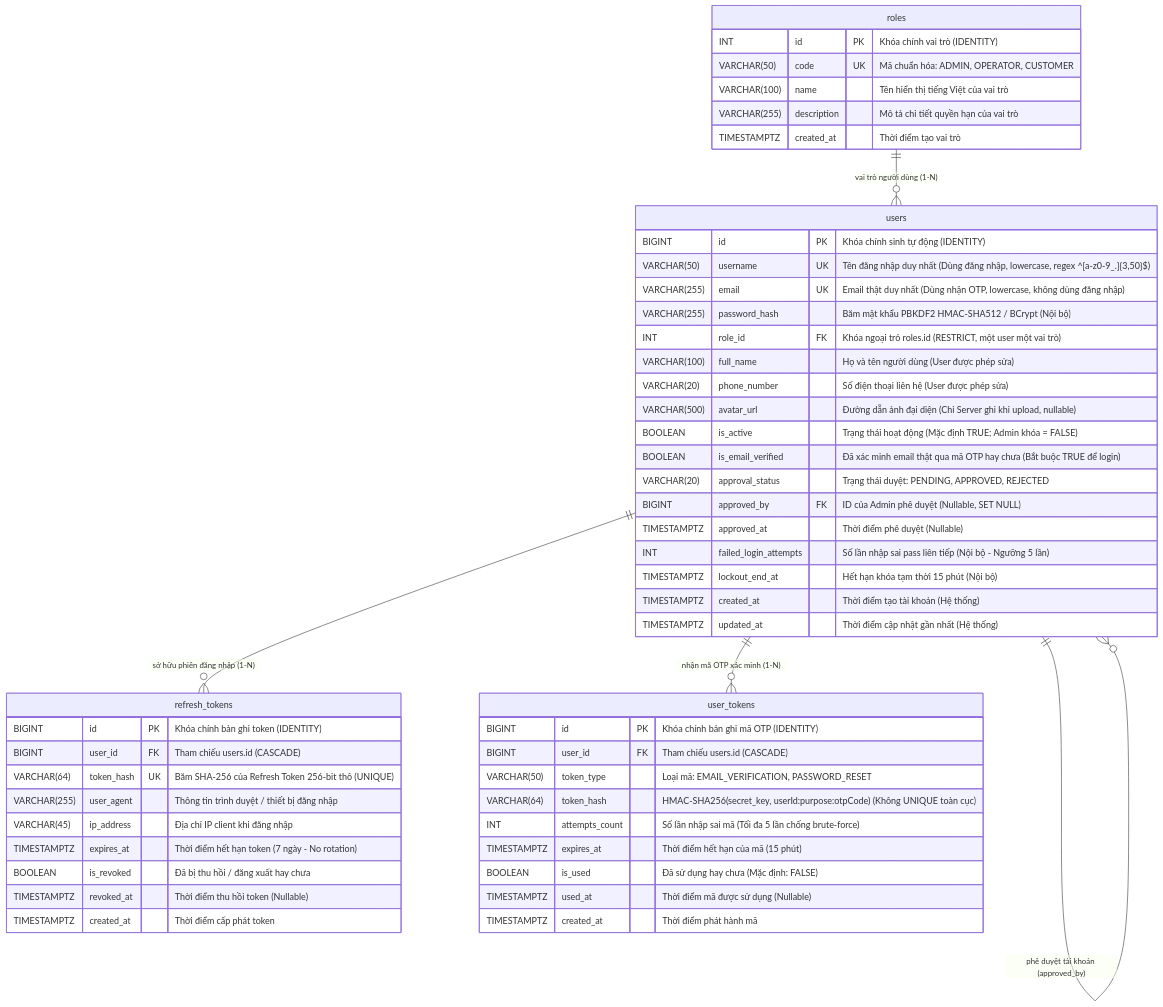
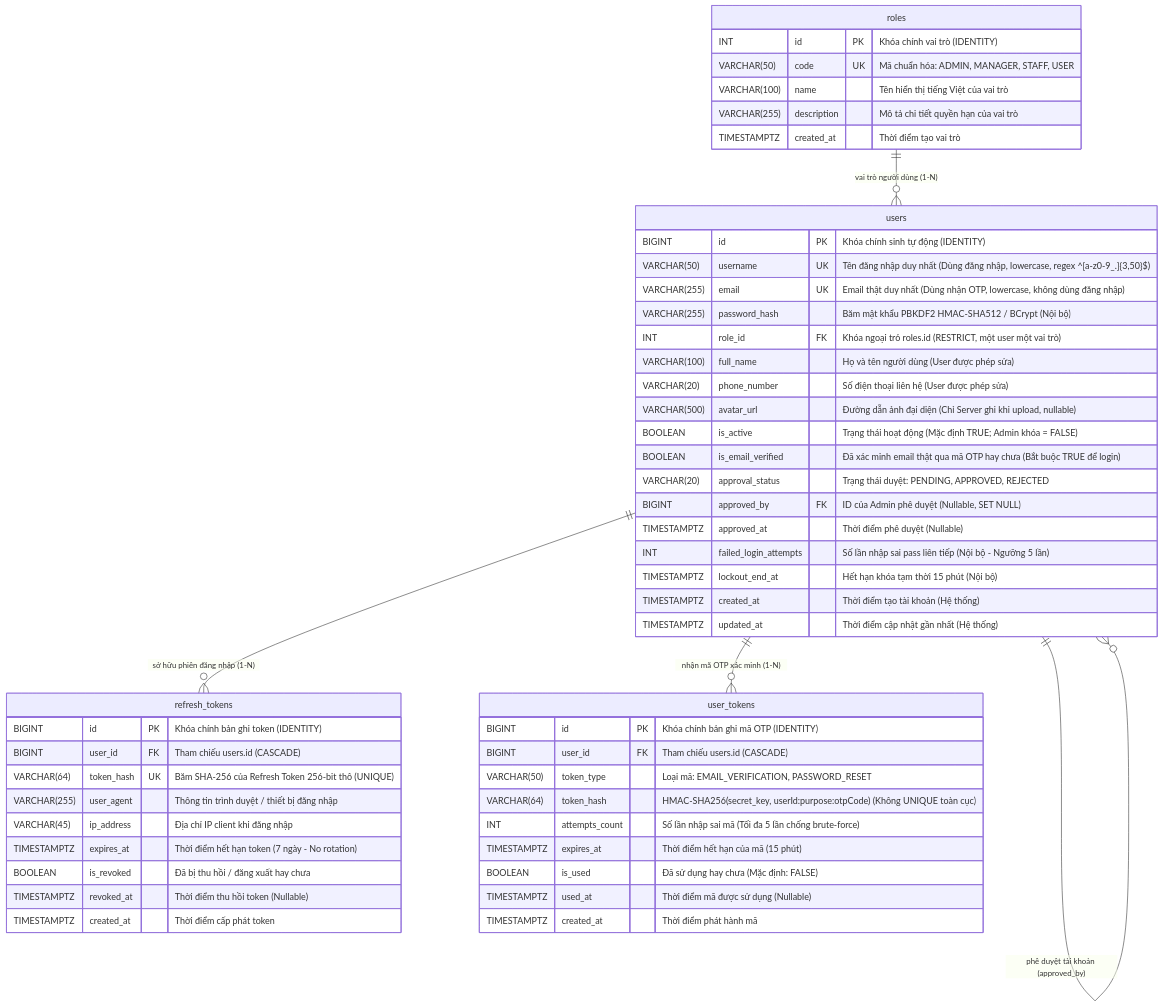
One commit to silver-phung/smart-parking-system changed the diagram in docs/database/07_ACCOUNTS_ERD.md. Above: the diagram before and after it, drawn with Mermaid. The commit also changed other lines of this file and 21 other files, not shown here.

````diff
--- a/docs/database/07_ACCOUNTS_ERD.md
+++ b/docs/database/07_ACCOUNTS_ERD.md
@@ -29,59 +29,59 @@
 ```mermaid
 erDiagram
     roles ||--o{ users : "vai trò người dùng (1-N)"
     users ||--o{ refresh_tokens : "sở hữu phiên đăng nhập (1-N)"
     users ||--o{ user_tokens : "nhận mã OTP xác minh (1-N)"
     users ||--o{ users : "phê duyệt tài khoản (approved_by)"
 
     users {
         BIGINT id PK "Khóa chính sinh tự động (IDENTITY)"
         VARCHAR(50) username UK "Tên đăng nhập duy nhất (Dùng đăng nhập, lowercase, regex ^[a-z0-9_.]{3,50}$)"
         VARCHAR(255) email UK "Email thật duy nhất (Dùng nhận OTP, lowercase, không dùng đăng nhập)"
         VARCHAR(255) password_hash "Băm mật khẩu PBKDF2 HMAC-SHA512 / BCrypt (Nội bộ)"
         INT role_id FK "Khóa ngoại trỏ roles.id (RESTRICT, một user một vai trò)"
         VARCHAR(100) full_name "Họ và tên người dùng (User được phép sửa)"
         VARCHAR(20) phone_number "Số điện thoại liên hệ (User được phép sửa)"
         VARCHAR(500) avatar_url "Đường dẫn ảnh đại diện (Chỉ Server ghi khi upload, nullable)"
         BOOLEAN is_active "Trạng thái hoạt động (Mặc định TRUE; Admin khóa = FALSE)"
         BOOLEAN is_email_verified "Đã xác minh email thật qua mã OTP hay chưa (Bắt buộc TRUE để login)"
         VARCHAR(20) approval_status "Trạng thái duyệt: PENDING, APPROVED, REJECTED"
         BIGINT approved_by FK "ID của Admin phê duyệt (Nullable, SET NULL)"
         TIMESTAMPTZ approved_at "Thời điểm phê duyệt (Nullable)"
         INT failed_login_attempts "Số lần nhập sai pass liên tiếp (Nội bộ - Ngưỡng 5 lần)"
         TIMESTAMPTZ lockout_end_at "Hết hạn khóa tạm thời 15 phút (Nội bộ)"
         TIMESTAMPTZ created_at "Thời điểm tạo tài khoản (Hệ thống)"
         TIMESTAMPTZ updated_at "Thời điểm cập nhật gần nhất (Hệ thống)"
     }
 
     roles {
         INT id PK "Khóa chính vai trò (IDENTITY)"
-        VARCHAR(50) code UK "Mã chuẩn hóa: ADMIN, OPERATOR, CUSTOMER"
+        VARCHAR(50) code UK "Mã chuẩn hóa: ADMIN, MANAGER, STAFF, USER"
         VARCHAR(100) name "Tên hiển thị tiếng Việt của vai trò"
         VARCHAR(255) description "Mô tả chi tiết quyền hạn của vai trò"
         TIMESTAMPTZ created_at "Thời điểm tạo vai trò"
     }
 
     refresh_tokens {
         BIGINT id PK "Khóa chính bản ghi token (IDENTITY)"
         BIGINT user_id FK "Tham chiếu users.id (CASCADE)"
         VARCHAR(64) token_hash UK "Băm SHA-256 của Refresh Token 256-bit thô (UNIQUE)"
         VARCHAR(255) user_agent "Thông tin trình duyệt / thiết bị đăng nhập"
         VARCHAR(45) ip_address "Địa chỉ IP client khi đăng nhập"
         TIMESTAMPTZ expires_at "Thời điểm hết hạn token (7 ngày - No rotation)"
         BOOLEAN is_revoked "Đã bị thu hồi / đăng xuất hay chưa"
         TIMESTAMPTZ revoked_at "Thời điểm thu hồi token (Nullable)"
         TIMESTAMPTZ created_at "Thời điểm cấp phát token"
     }
 
     user_tokens {
         BIGINT id PK "Khóa chính bản ghi mã OTP (IDENTITY)"
         BIGINT user_id FK "Tham chiếu users.id (CASCADE)"
         VARCHAR(50) token_type "Loại mã: EMAIL_VERIFICATION, PASSWORD_RESET"
         VARCHAR(64) token_hash "HMAC-SHA256(secret_key, userId:purpose:otpCode) (Không UNIQUE toàn cục)"
         INT attempts_count "Số lần nhập sai mã (Tối đa 5 lần chống brute-force)"
         TIMESTAMPTZ expires_at "Thời điểm hết hạn của mã (15 phút)"
         BOOLEAN is_used "Đã sử dụng hay chưa (Mặc định: FALSE)"
         TIMESTAMPTZ used_at "Thời điểm mã được sử dụng (Nullable)"
         TIMESTAMPTZ created_at "Thời điểm phát hành mã"
     }
 ```
````
